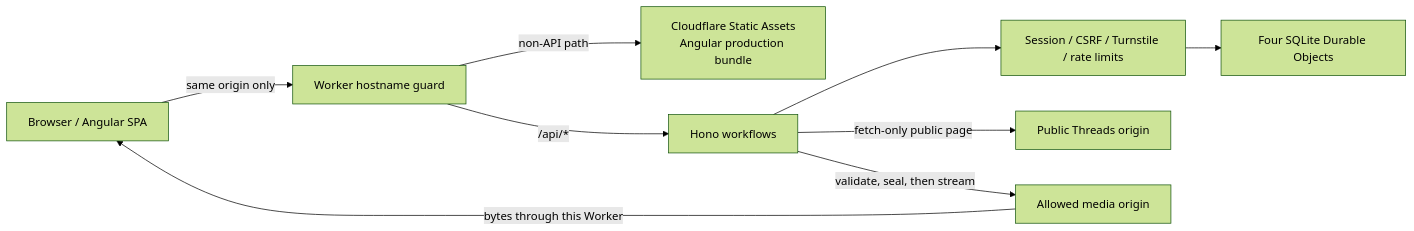
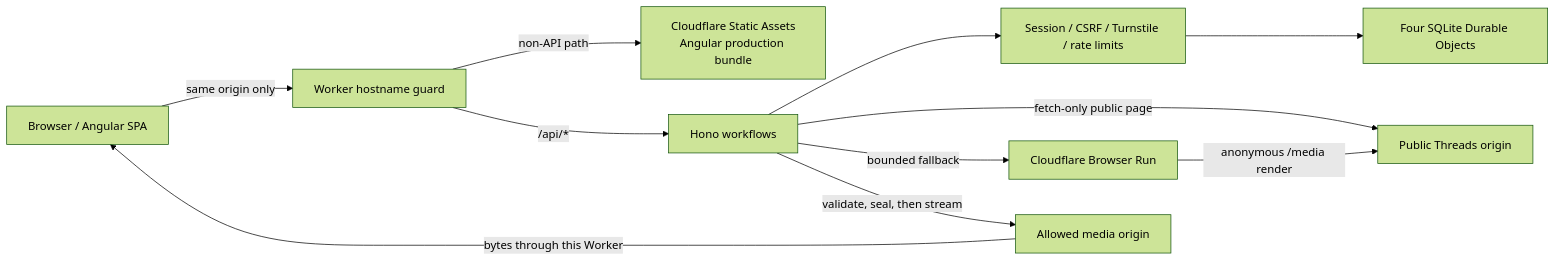
One commit to Willseed/ThreadsDownloader changed the diagram in docs/operations.md. Above: the diagram before and after it, drawn with Mermaid (forest theme). The commit also changed other lines of this file and 4 other files, not shown here.

Commit message:
feat(worker): enable Browser Run media resolution

````diff
--- a/docs/operations.md
+++ b/docs/operations.md
@@ -24,11 +25,13 @@
 ```mermaid
 flowchart LR
   Browser["Browser / Angular SPA"] -->|"same origin only"| Guard["Worker hostname guard"]
   Guard -->|"non-API path"| Assets["Cloudflare Static Assets\nAngular production bundle"]
   Guard -->|"/api/*"| API["Hono workflows"]
   API --> Session["Session / CSRF / Turnstile / rate limits"]
   Session --> DO["Four SQLite Durable Objects"]
   API -->|"fetch-only public page"| Threads["Public Threads origin"]
+  API -->|"bounded fallback"| BrowserRun["Cloudflare Browser Run"]
+  BrowserRun -->|"anonymous /media render"| Threads
   API -->|"validate, seal, then stream"| Media["Allowed media origin"]
   Media -->|"bytes through this Worker"| Browser
 ```
````
